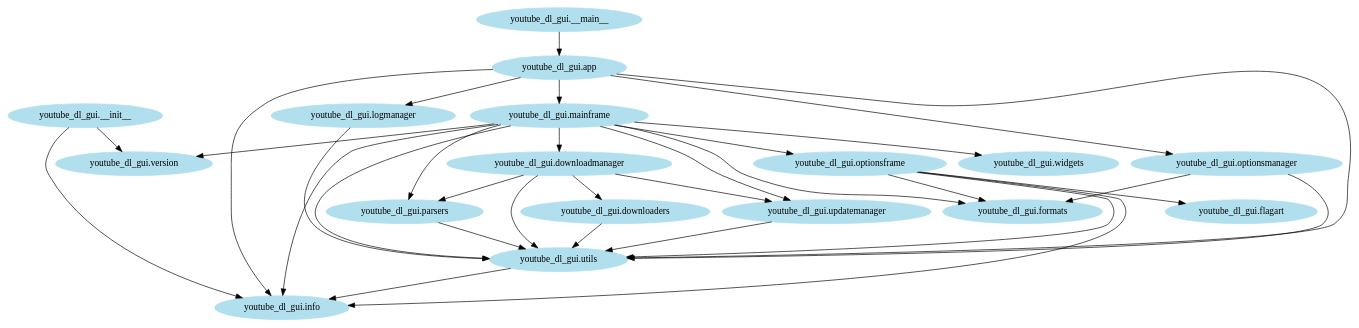
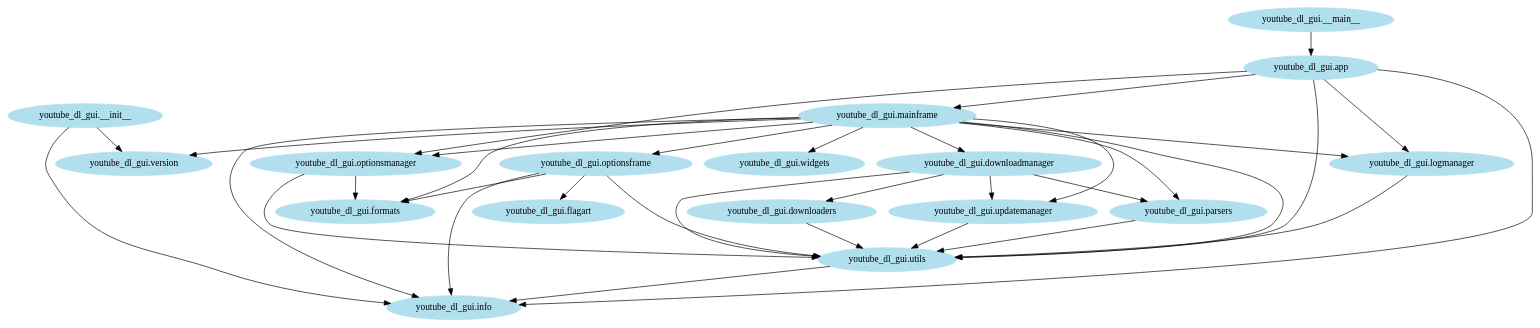
The diagram in docs/youtube_dl_gui.dot (yt-dlg/yt-dlg), drawn with Graphviz before and after one commit. The commit also changed 1 other file, not shown here.

Commit message:
Update youtube_dl_gui-imports.png and .dot

```diff
--- a/docs/youtube_dl_gui.dot
+++ b/docs/youtube_dl_gui.dot
@@ -1,37 +1,39 @@
 digraph "" {
 	node [color=lightblue2,
 		style=filled
 	];
 	"youtube_dl_gui.app" -> "youtube_dl_gui.info";
 	"youtube_dl_gui.app" -> "youtube_dl_gui.logmanager";
 	"youtube_dl_gui.app" -> "youtube_dl_gui.mainframe";
 	"youtube_dl_gui.app" -> "youtube_dl_gui.optionsmanager";
 	"youtube_dl_gui.app" -> "youtube_dl_gui.utils";
 	"youtube_dl_gui.logmanager" -> "youtube_dl_gui.utils";
 	"youtube_dl_gui.mainframe" -> "youtube_dl_gui.info";
+	"youtube_dl_gui.mainframe" -> "youtube_dl_gui.logmanager";
+	"youtube_dl_gui.mainframe" -> "youtube_dl_gui.optionsmanager";
 	"youtube_dl_gui.mainframe" -> "youtube_dl_gui.utils";
 	"youtube_dl_gui.mainframe" -> "youtube_dl_gui.downloadmanager";
 	"youtube_dl_gui.mainframe" -> "youtube_dl_gui.parsers";
 	"youtube_dl_gui.mainframe" -> "youtube_dl_gui.updatemanager";
 	"youtube_dl_gui.mainframe" -> "youtube_dl_gui.formats";
 	"youtube_dl_gui.mainframe" -> "youtube_dl_gui.optionsframe";
 	"youtube_dl_gui.mainframe" -> "youtube_dl_gui.version";
 	"youtube_dl_gui.mainframe" -> "youtube_dl_gui.widgets";
 	"youtube_dl_gui.optionsmanager" -> "youtube_dl_gui.utils";
 	"youtube_dl_gui.optionsmanager" -> "youtube_dl_gui.formats";
 	"youtube_dl_gui.utils" -> "youtube_dl_gui.info";
 	"youtube_dl_gui.downloaders" -> "youtube_dl_gui.utils";
 	"youtube_dl_gui.downloadmanager" -> "youtube_dl_gui.utils";
 	"youtube_dl_gui.downloadmanager" -> "youtube_dl_gui.downloaders";
 	"youtube_dl_gui.downloadmanager" -> "youtube_dl_gui.parsers";
 	"youtube_dl_gui.downloadmanager" -> "youtube_dl_gui.updatemanager";
 	"youtube_dl_gui.parsers" -> "youtube_dl_gui.utils";
 	"youtube_dl_gui.updatemanager" -> "youtube_dl_gui.utils";
 	"youtube_dl_gui.optionsframe" -> "youtube_dl_gui.info";
 	"youtube_dl_gui.optionsframe" -> "youtube_dl_gui.utils";
 	"youtube_dl_gui.optionsframe" -> "youtube_dl_gui.formats";
 	"youtube_dl_gui.optionsframe" -> "youtube_dl_gui.flagart";
 	"youtube_dl_gui.__init__" -> "youtube_dl_gui.info";
 	"youtube_dl_gui.__init__" -> "youtube_dl_gui.version";
 	"youtube_dl_gui.__main__" -> "youtube_dl_gui.app";
 }
```
